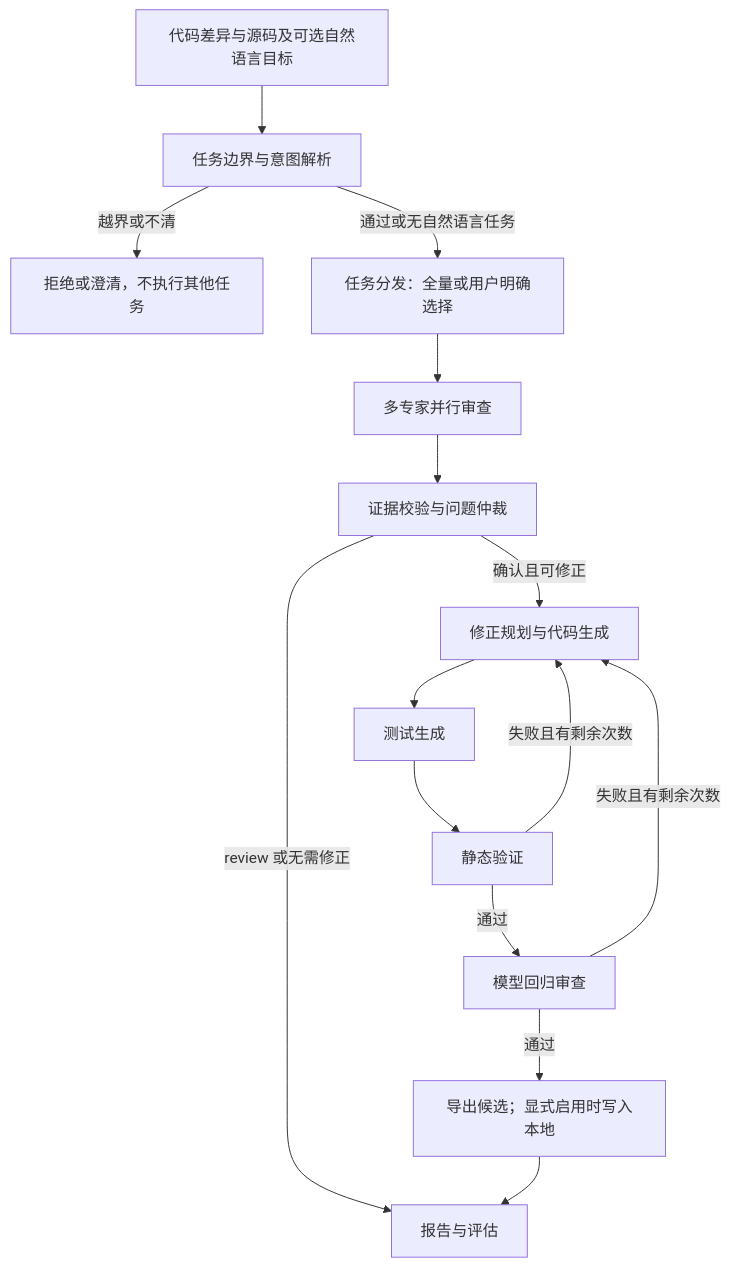
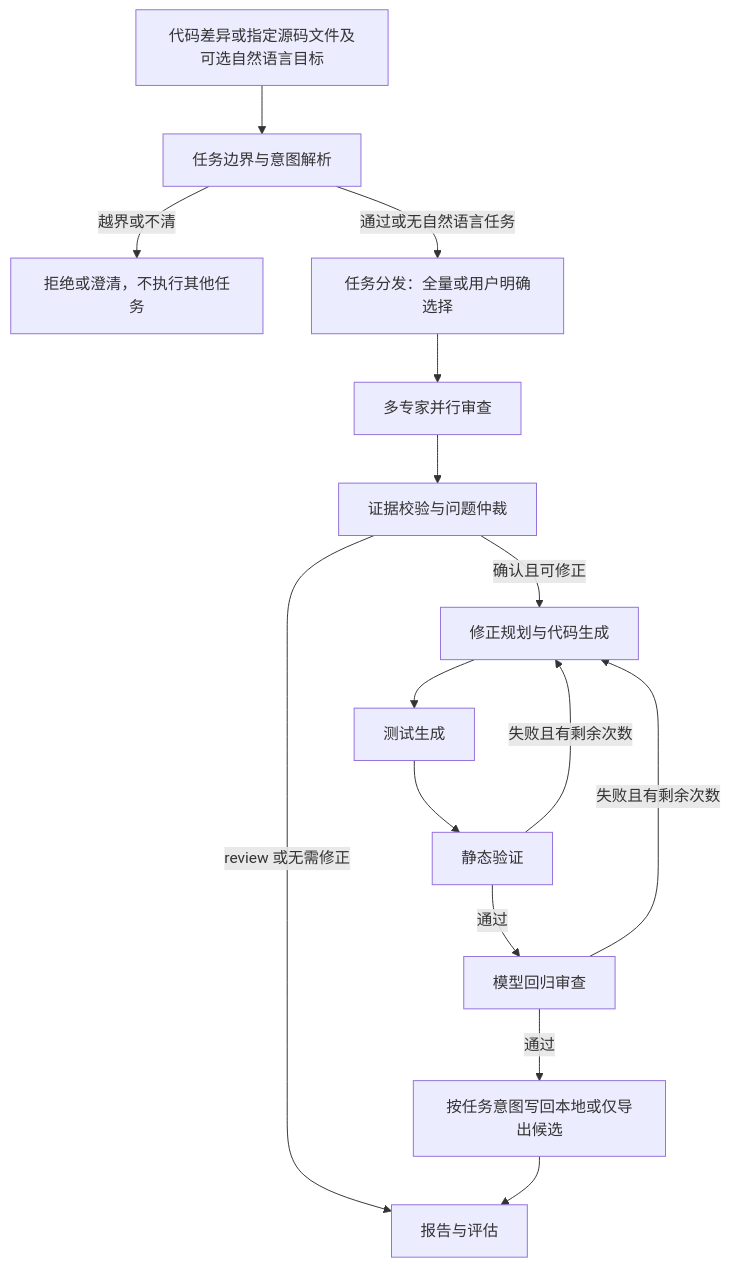
Before and after one commit to 12345zsk/multi-agent-code-review: the diagram in docs/COURSE_PROJECT.md, drawn with Mermaid. The commit also changed other lines of this file and 23 other files, not shown here.

````diff
--- a/docs/COURSE_PROJECT.md
+++ b/docs/COURSE_PROJECT.md
@@ -44,17 +44,17 @@
 ```mermaid
 flowchart TD
-    I[代码差异与源码及可选自然语言目标] --> N[任务边界与意图解析]
+    I[代码差异或指定源码文件及可选自然语言目标] --> N[任务边界与意图解析]
     N -->|越界或不清| X[拒绝或澄清，不执行其他任务]
     N -->|通过或无自然语言任务| P[任务分发：全量或用户明确选择]
     P --> E[多专家并行审查]
     E --> J[证据校验与问题仲裁]
     J -->|review 或无需修正| R[报告与评估]
     J -->|确认且可修正| F[修正规划与代码生成]
     F --> T[测试生成]
     T --> V[静态验证]
     V -->|失败且有剩余次数| F
     V -->|通过| G[模型回归审查]
     G -->|失败且有剩余次数| F
-    G -->|通过| W[导出候选；显式启用时写入本地]
+    G -->|通过| W[按任务意图写回本地或仅导出候选]
     W --> R
 ```
````
